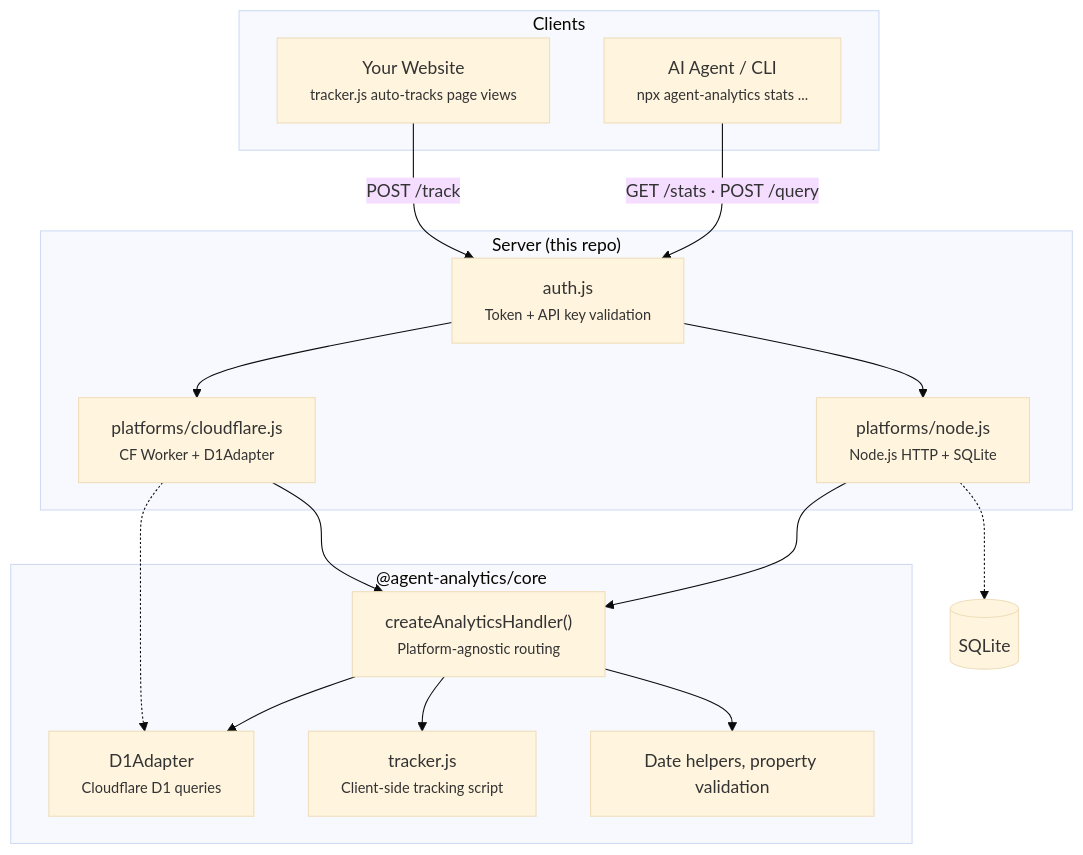
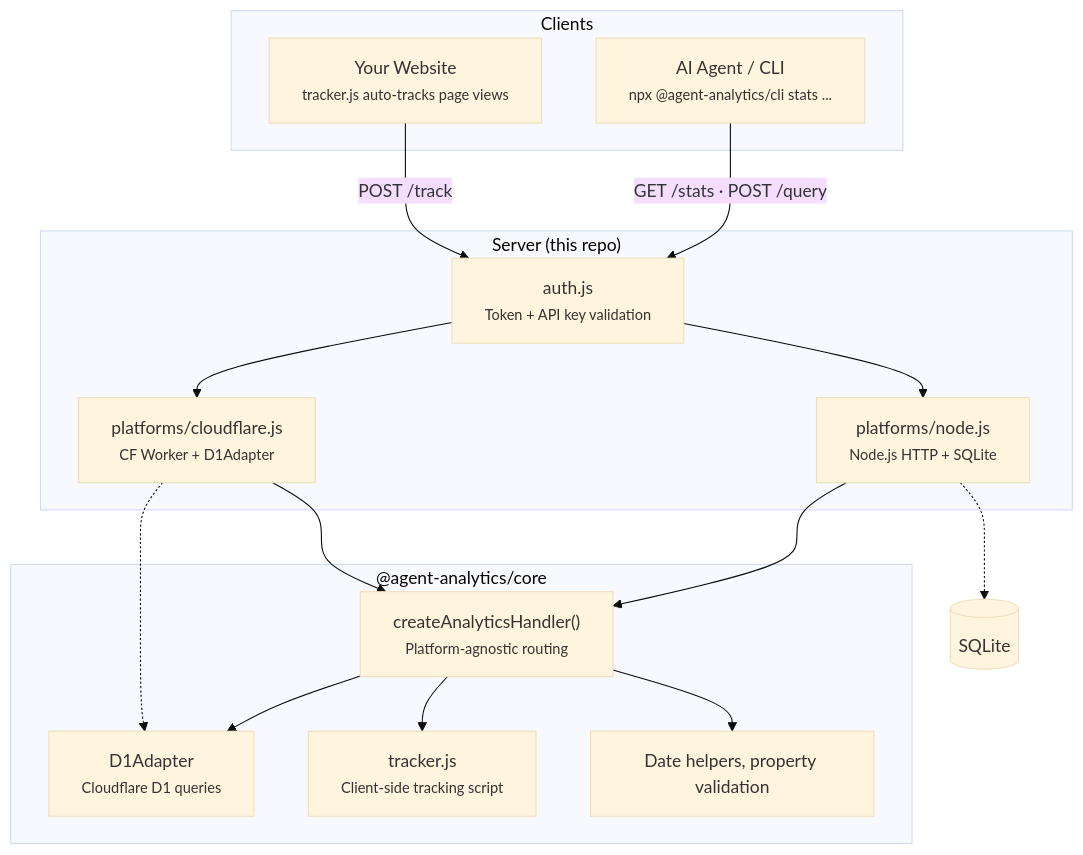
One commit to Agent-Analytics/agent-analytics changed the diagram in README.md. Above: the diagram before and after it, drawn with Mermaid (base theme). The commit also changed other lines of this file, not shown here.

Commit message:
Update CLI references to @agent-analytics/cli package name

````diff
--- a/README.md
+++ b/README.md
@@ -344,29 +344,29 @@
 ```mermaid
 flowchart TB
     subgraph Clients
         website["Your Website<br/><small>tracker.js auto-tracks page views</small>"]
-        agent["AI Agent / CLI<br/><small>npx agent-analytics stats ...</small>"]
+        agent["AI Agent / CLI<br/><small>npx @agent-analytics/cli stats ...</small>"]
     end
 
     subgraph Server ["Server (this repo)"]
         auth["auth.js<br/><small>Token + API key validation</small>"]
         cf["platforms/cloudflare.js<br/><small>CF Worker + D1Adapter</small>"]
         node["platforms/node.js<br/><small>Node.js HTTP + SQLite</small>"]
     end
 
     subgraph Core ["@agent-analytics/core"]
         handler["createAnalyticsHandler()<br/><small>Platform-agnostic routing</small>"]
         d1["D1Adapter<br/><small>Cloudflare D1 queries</small>"]
         tracker["tracker.js<br/><small>Client-side tracking script</small>"]
         helpers["Date helpers, property validation"]
     end
 
     website -- "POST /track" --> auth
     agent -- "GET /stats · POST /query" --> auth
     auth --> cf & node
     cf --> handler
     node --> handler
     cf -.-> d1
     node -.-> sqlite[("SQLite")]
     handler --> d1 & tracker & helpers
 ```
````
